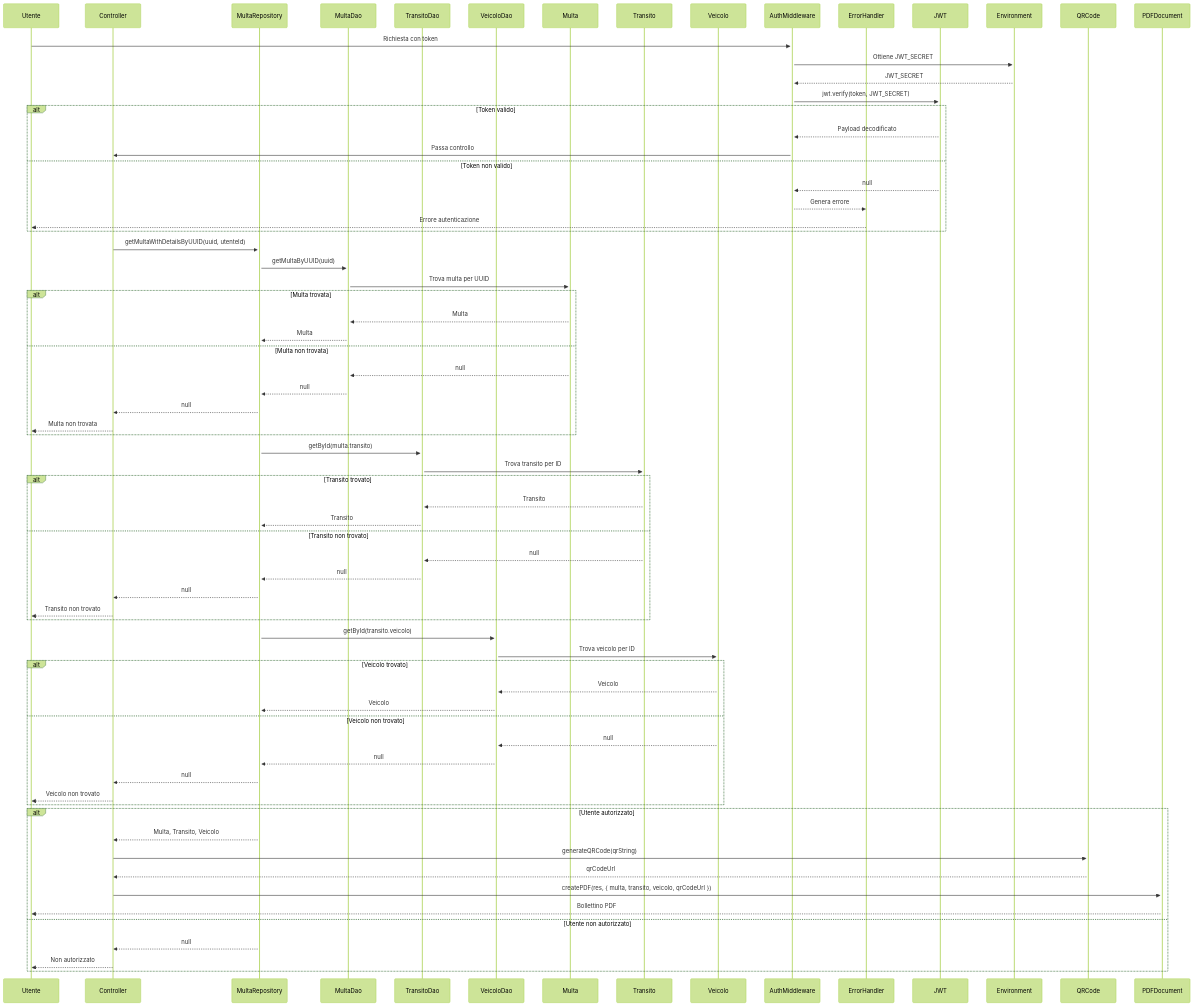
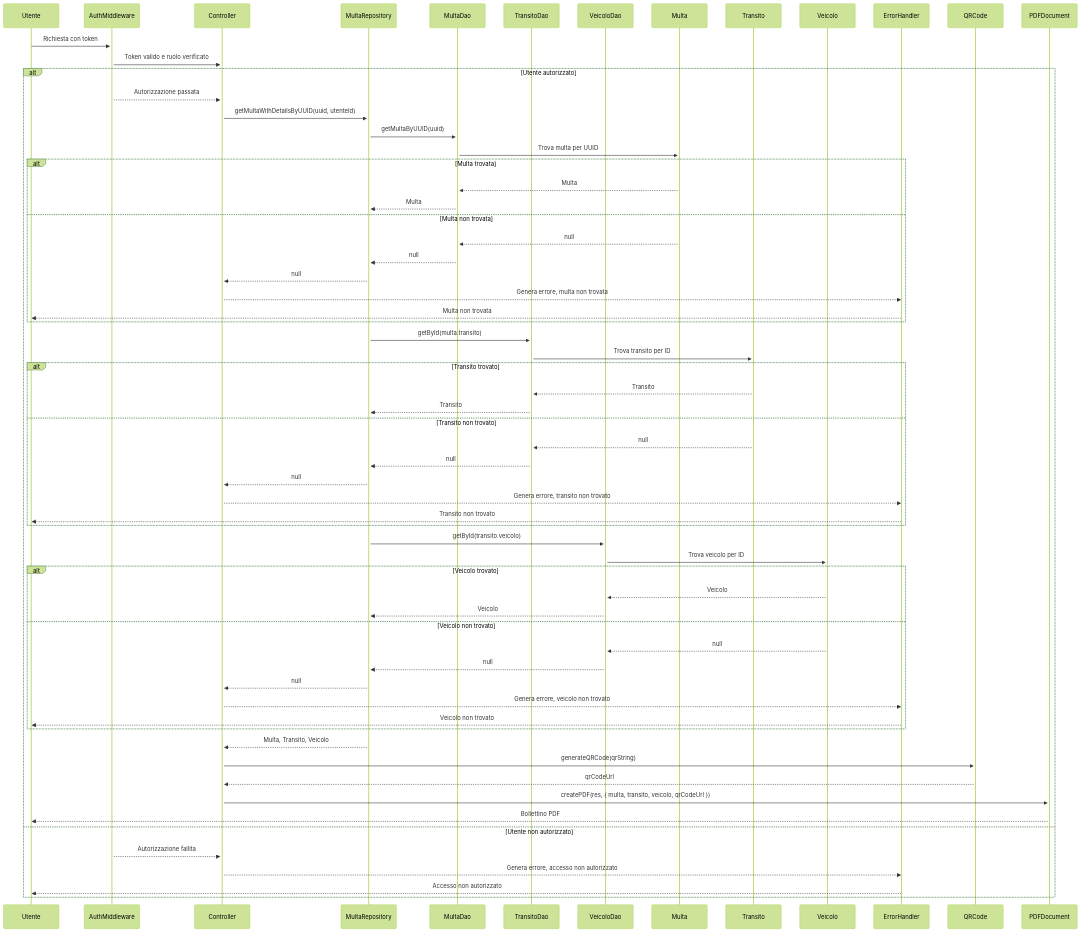
The tenth of 12 diagrams in README.md (Arianna6400/Adv_Prog), drawn with Mermaid (forest theme) before and after one commit. The commit also changed other lines of this file, not shown here.

````diff
--- a/README.md
+++ b/README.md
@@ -345,76 +554,68 @@
 ```mermaid
 sequenceDiagram
     participant U as Utente
+    participant Auth as AuthMiddleware
     participant C as Controller
     participant R as MultaRepository
     participant DAO_M as MultaDao
     participant DAO_T as TransitoDao
     participant DAO_V as VeicoloDao
     participant M as Multa
     participant T as Transito
     participant V as Veicolo
-    participant Auth as AuthMiddleware
     participant Err as ErrorHandler
-    participant JWT as JWT
-    participant ENV as Environment
     participant QR as QRCode
     participant PDF as PDFDocument
 
     U->>+Auth: Richiesta con token
-    Auth->>+ENV: Ottiene JWT_SECRET
-    ENV-->>Auth: JWT_SECRET
-    Auth->>+JWT: jwt.verify(token, JWT_SECRET)
-    alt Token valido
-        JWT-->>Auth: Payload decodificato
-        Auth->>C: Passa controllo
-    else Token non valido
-        JWT-->>Auth: null
-        Auth-->>Err: Genera errore
-        Err-->>U: Errore autenticazione
-    end
-    C->>+R: getMultaWithDetailsByUUID(uuid, utenteId)
-    R->>+DAO_M: getMultaByUUID(uuid)
-    DAO_M->>+M: Trova multa per UUID
-    alt Multa trovata
-        M-->>DAO_M: Multa
-        DAO_M-->>R: Multa
-    else Multa non trovata
-        M-->>DAO_M: null
-        DAO_M-->>R: null
-        R-->>C: null
-        C-->>U: Multa non trovata
-    end
-    R->>+DAO_T: getById(multa.transito)
-    DAO_T->>+T: Trova transito per ID
-    alt Transito trovato
-        T-->>DAO_T: Transito
-        DAO_T-->>R: Transito
-    else Transito non trovato
-        T-->>DAO_T: null
-        DAO_T-->>R: null
-        R-->>C: null
-        C-->>U: Transito non trovato
-    end
-    R->>+DAO_V: getById(transito.veicolo)
-    DAO_V->>+V: Trova veicolo per ID
-    alt Veicolo trovato
-        V-->>DAO_V: Veicolo
-        DAO_V-->>R: Veicolo
-    else Veicolo non trovato
-        V-->>DAO_V: null
-        DAO_V-->>R: null
-        R-->>C: null
-        C-->>U: Veicolo non trovato
-    end
+    Auth->>+C: Token valido e ruolo verificato
     alt Utente autorizzato
+        Auth-->>C: Autorizzazione passata
+        C->>+R: getMultaWithDetailsByUUID(uuid, utenteId)
+        R->>+DAO_M: getMultaByUUID(uuid)
+        DAO_M->>+M: Trova multa per UUID
+        alt Multa trovata
+            M-->>DAO_M: Multa
+            DAO_M-->>R: Multa
+        else Multa non trovata
+            M-->>DAO_M: null
+            DAO_M-->>R: null
+            R-->>C: null
+            C-->>Err: Genera errore, multa non trovata
+            Err-->>U: Multa non trovata
+        end
+        R->>+DAO_T: getById(multa.transito)
+        DAO_T->>+T: Trova transito per ID
+        alt Transito trovato
+            T-->>DAO_T: Transito
+            DAO_T-->>R: Transito
+        else Transito non trovato
+            T-->>DAO_T: null
+            DAO_T-->>R: null
+            R-->>C: null
+            C-->>Err: Genera errore, transito non trovato
+            Err-->>U: Transito non trovato
+        end
+        R->>+DAO_V: getById(transito.veicolo)
+        DAO_V->>+V: Trova veicolo per ID
+        alt Veicolo trovato
+            V-->>DAO_V: Veicolo
+            DAO_V-->>R: Veicolo
+        else Veicolo non trovato
+            V-->>DAO_V: null
+            DAO_V-->>R: null
+            R-->>C: null
+            C-->>Err: Genera errore, veicolo non trovato
+            Err-->>U: Veicolo non trovato
+        end
         R-->>C: Multa, Transito, Veicolo
         C->>+QR: generateQRCode(qrString)
         QR-->>C: qrCodeUrl
         C->>+PDF: createPDF(res, { multa, transito, veicolo, qrCodeUrl })
         PDF-->>U: Bollettino PDF
     else Utente non autorizzato
-        R-->>C: null
-        C-->>U: Non autorizzato
+        Auth-->>C: Autorizzazione fallita
+        C-->>Err: Genera errore, accesso non autorizzato
+        Err-->>U: Accesso non autorizzato
     end
-
 ```
````
